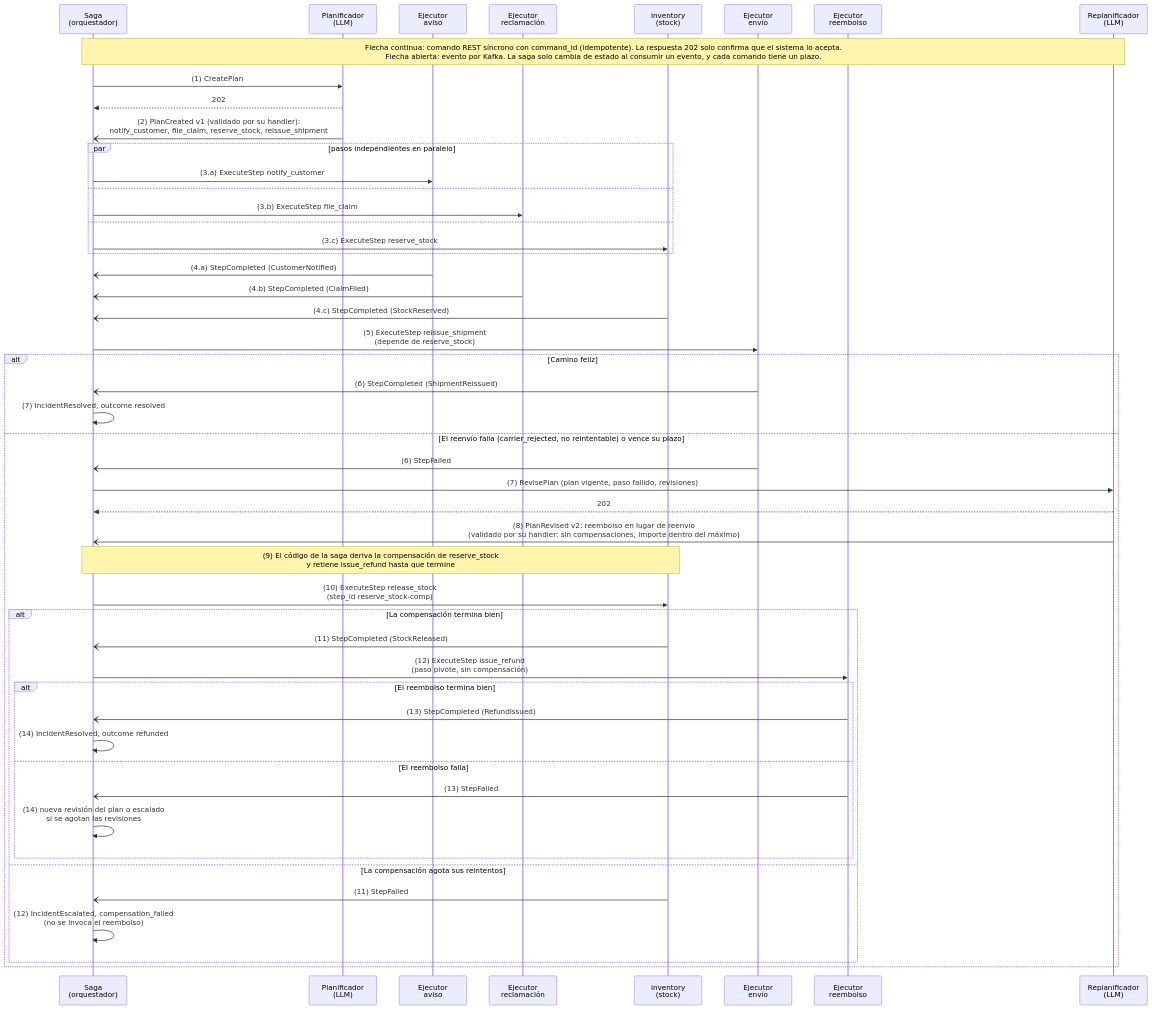
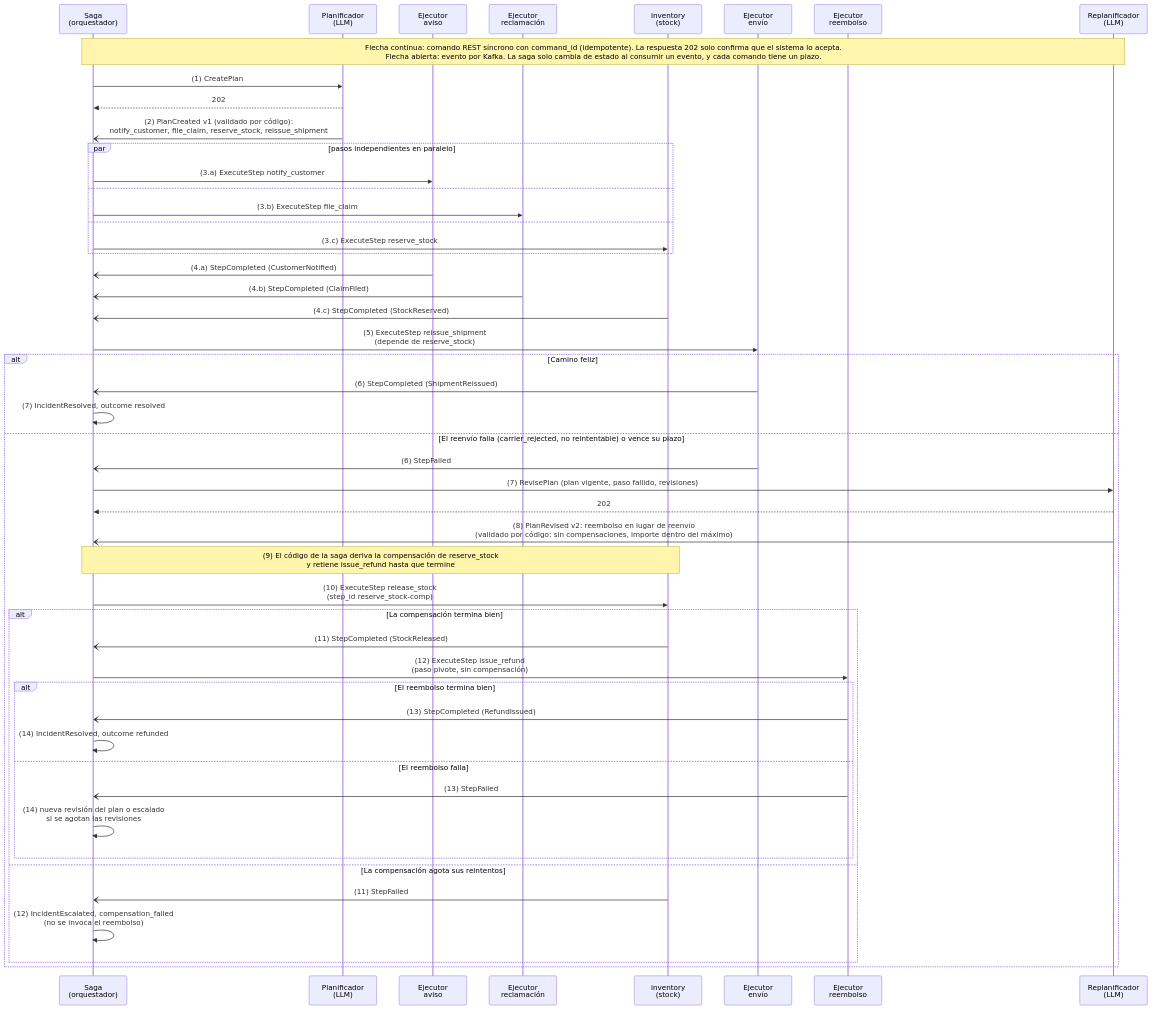
One commit to whinedo/eda-retail changed the second of 3 diagrams in docs/README.md. Above: the diagram before and after it, drawn with Mermaid. The commit also changed other lines of this file, not shown here.

Commit message:
docs(readme): show agents, aggregates and CQRS queries in the diagrams, not command handlers

````diff
--- a/docs/README.md
+++ b/docs/README.md
@@ -65,51 +65,51 @@
 ```mermaid
 sequenceDiagram
   participant Orq as Saga<br/>(orquestador)
   participant Pl as Planificador<br/>(LLM)
   participant Av as Ejecutor<br/>aviso
   participant Rc as Ejecutor<br/>reclamación
   participant St as inventory<br/>(stock)
   participant En as Ejecutor<br/>envío
   participant Rf as Ejecutor<br/>reembolso
   participant Rp as Replanificador<br/>(LLM)
   Note over Orq,Rp: Flecha continua: comando REST síncrono con command_id (idempotente). La respuesta 202 solo confirma que el sistema lo acepta.<br/>Flecha abierta: evento por Kafka. La saga solo cambia de estado al consumir un evento, y cada comando tiene un plazo.
   Orq->>Pl: (1) CreatePlan
   Pl-->>Orq: 202
-  Pl-)Orq: (2) PlanCreated v1 (validado por su handler):<br/>notify_customer, file_claim, reserve_stock, reissue_shipment
+  Pl-)Orq: (2) PlanCreated v1 (validado por código):<br/>notify_customer, file_claim, reserve_stock, reissue_shipment
   par pasos independientes en paralelo
     Orq->>Av: (3.a) ExecuteStep notify_customer
   and
     Orq->>Rc: (3.b) ExecuteStep file_claim
   and
     Orq->>St: (3.c) ExecuteStep reserve_stock
   end
   Av-)Orq: (4.a) StepCompleted (CustomerNotified)
   Rc-)Orq: (4.b) StepCompleted (ClaimFiled)
   St-)Orq: (4.c) StepCompleted (StockReserved)
   Orq->>En: (5) ExecuteStep reissue_shipment<br/>(depende de reserve_stock)
   alt Camino feliz
     En-)Orq: (6) StepCompleted (ShipmentReissued)
     Orq->>Orq: (7) IncidentResolved, outcome resolved
   else El reenvío falla (carrier_rejected, no reintentable) o vence su plazo
     En-)Orq: (6) StepFailed
     Orq->>Rp: (7) RevisePlan (plan vigente, paso fallido, revisiones)
     Rp-->>Orq: 202
-    Rp-)Orq: (8) PlanRevised v2: reembolso en lugar de reenvío<br/>(validado por su handler: sin compensaciones, importe dentro del máximo)
+    Rp-)Orq: (8) PlanRevised v2: reembolso en lugar de reenvío<br/>(validado por código: sin compensaciones, importe dentro del máximo)
     Note over Orq,St: (9) El código de la saga deriva la compensación de reserve_stock<br/>y retiene issue_refund hasta que termine
     Orq->>St: (10) ExecuteStep release_stock<br/>(step_id reserve_stock-comp)
     alt La compensación termina bien
       St-)Orq: (11) StepCompleted (StockReleased)
       Orq->>Rf: (12) ExecuteStep issue_refund<br/>(paso pivote, sin compensación)
       alt El reembolso termina bien
         Rf-)Orq: (13) StepCompleted (RefundIssued)
         Orq->>Orq: (14) IncidentResolved, outcome refunded
       else El reembolso falla
         Rf-)Orq: (13) StepFailed
         Orq->>Orq: (14) nueva revisión del plan o escalado<br/>si se agotan las revisiones
       end
     else La compensación agota sus reintentos
       St-)Orq: (11) StepFailed
       Orq->>Orq: (12) IncidentEscalated, compensation_failed<br/>(no se invoca el reembolso)
     end
   end
 ```
````
